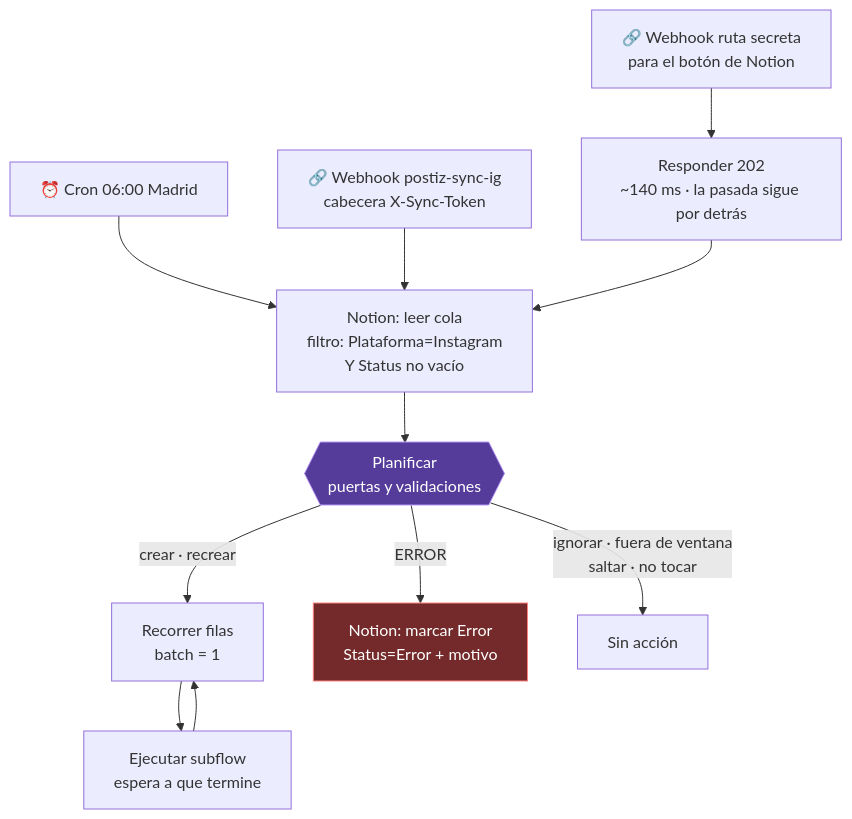
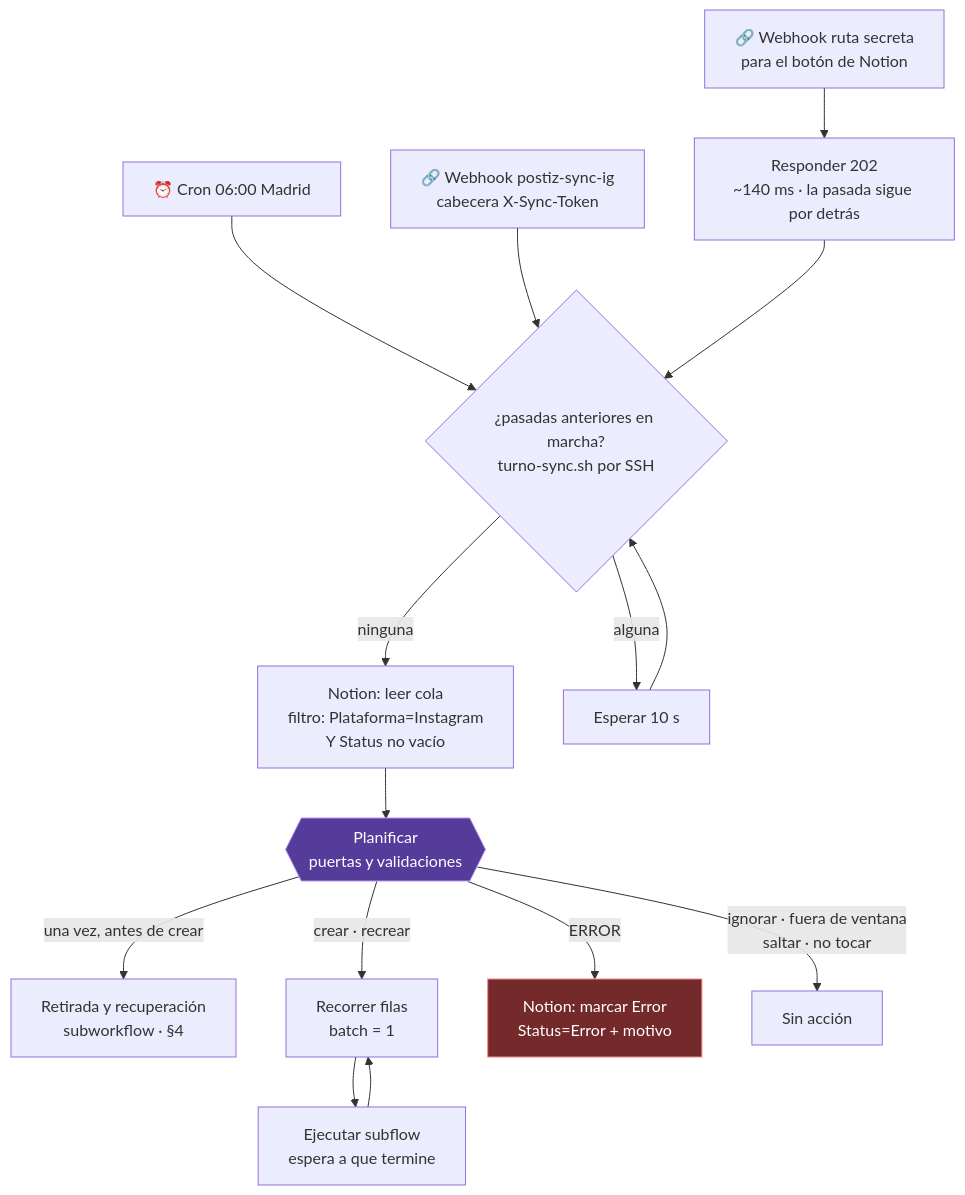
Before and after one commit to dustin-calderon/postiz-app: the second of 11 diagrams in docs/architecture/CONTENT_PIPELINE_DIAGRAMS.md, drawn with Mermaid. The commit also changed other lines of this file and 4 other files, not shown here.

First line of the commit message:
feat(sync): las pasadas del sync van de una en una

````diff
--- a/docs/architecture/CONTENT_PIPELINE_DIAGRAMS.md
+++ b/docs/architecture/CONTENT_PIPELINE_DIAGRAMS.md
@@ -78,27 +80,35 @@
 ```mermaid
 flowchart TD
     CRON["⏰ Cron 06:00 Madrid"]
     WH1["🔗 Webhook postiz-sync-ig<br/>cabecera X-Sync-Token"]
     WH2["🔗 Webhook ruta secreta<br/>para el botón de Notion"]
 
     LEER["Notion: leer cola<br/>filtro: Plataforma=Instagram<br/>Y Status no vacío"]
     PLAN{{"Planificar<br/>puertas y validaciones"}}
 
     R202["Responder 202<br/>~140 ms · la pasada sigue por detrás"]
 
-    CRON --> LEER
-    WH1 --> LEER
+    TURNO{"¿pasadas anteriores en marcha?<br/>turno-sync.sh por SSH"}
+    ESPERA["Esperar 10 s"]
+
+    CRON --> TURNO
+    WH1 --> TURNO
     WH2 --> R202
-    R202 --> LEER
+    R202 --> TURNO
+    TURNO -->|"ninguna"| LEER
+    TURNO -->|"alguna"| ESPERA
+    ESPERA --> TURNO
     LEER --> PLAN
+
+    PLAN -->|"una vez, antes de crear"| RET["Retirada y recuperación<br/>subworkflow · §4"]
 
     PLAN -->|"crear · recrear"| LOOP["Recorrer filas<br/>batch = 1"]
     PLAN -->|"ERROR"| MARCAR["Notion: marcar Error<br/>Status=Error + motivo"]
     PLAN -->|"ignorar · fuera de ventana<br/>saltar · no tocar"| NADA["Sin acción"]
 
     LOOP --> SUB["Ejecutar subflow<br/>espera a que termine"]
     SUB --> LOOP
 
     style PLAN fill:#553c9a,stroke:#b794f4,color:#fff
     style MARCAR fill:#742a2a,stroke:#fc8181,color:#fff
 ```
````
